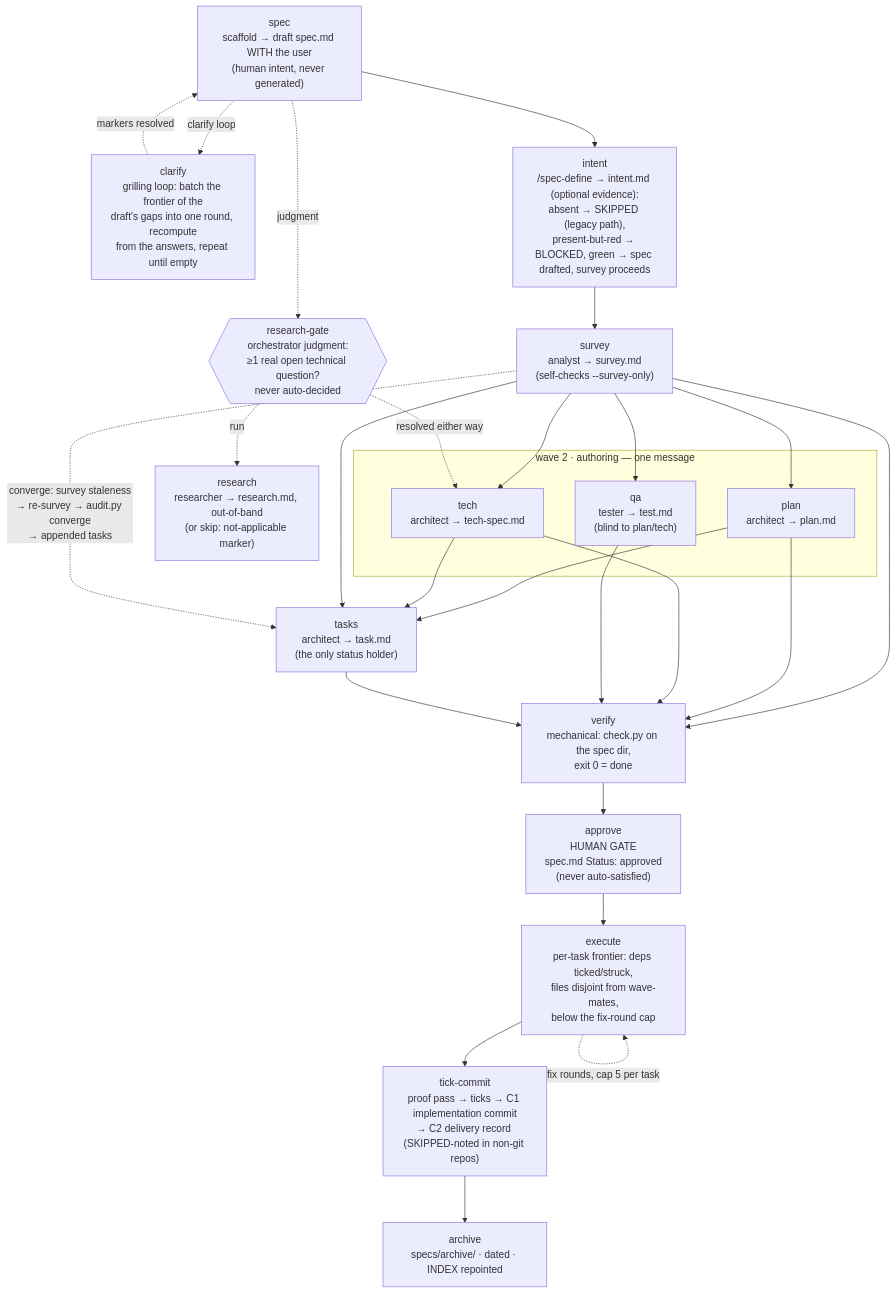
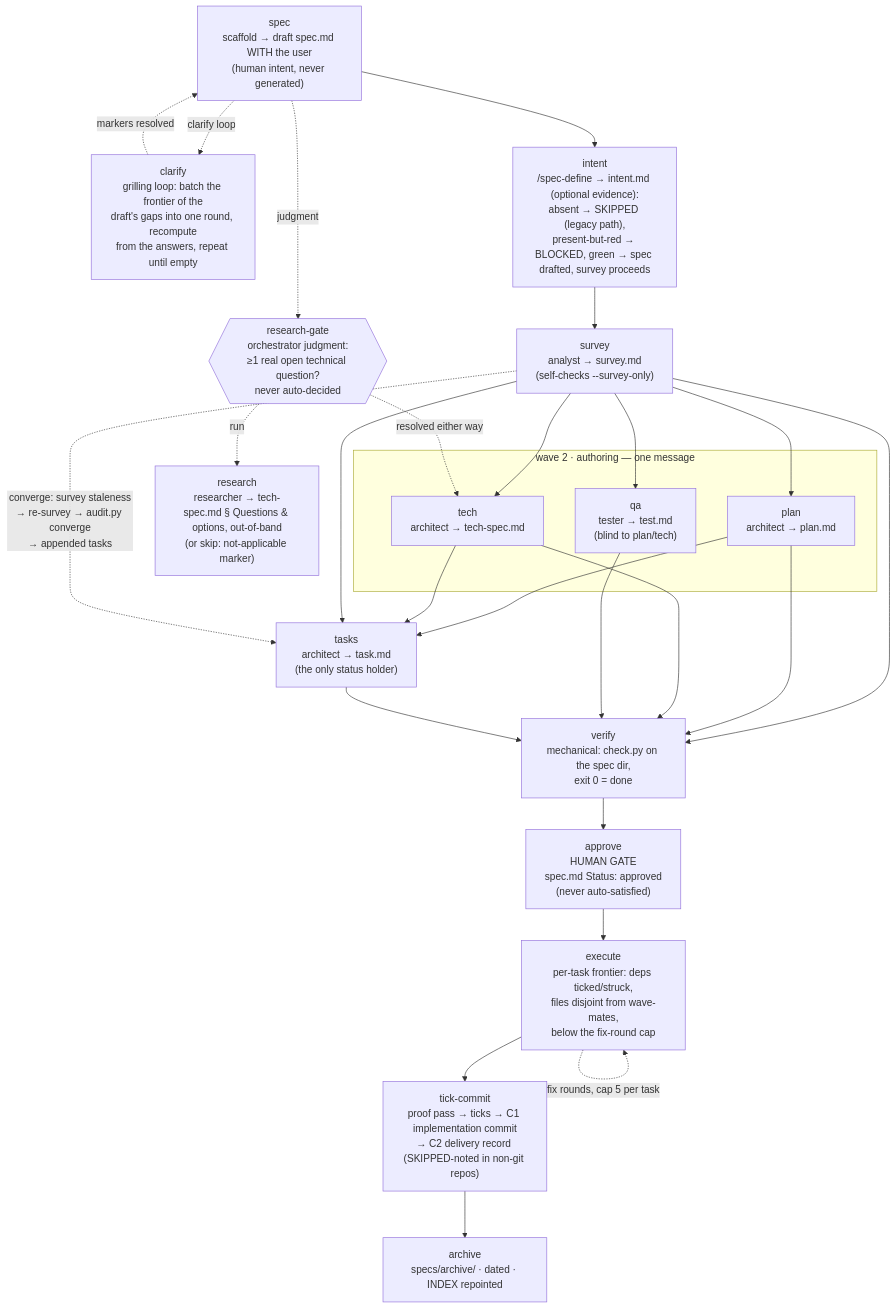
Before and after one commit to tanlnm512/SpecDevKit: the diagram in skills/spec-design/diagrams/spec-workflow.mmd, drawn with Mermaid. The commit also changed 79 other files, not shown here.

```diff
--- a/skills/spec-design/diagrams/spec-workflow.mmd
+++ b/skills/spec-design/diagrams/spec-workflow.mmd
@@ -1,55 +1,55 @@
 flowchart TD
     %% spec workflow graph — the model scripts/graph.py derives from
     %% doc state alone. Solid = data edge (ready exactly when all inputs are
     %% done). Dotted = conditional/loop edge. This is the model, not a live
     %% state: per-node states and the current frontier come from
     %% `python3 scripts/graph.py SPECS_DIR [--mermaid|--state-json]`.
 
     Spec["spec<br/>scaffold → draft spec.md WITH the user<br/>(human intent, never generated)"]
     Clarify["clarify<br/>grilling loop: batch the frontier of the<br/>draft's gaps into one round, recompute<br/>from the answers, repeat until empty"]
 
     Intent["intent<br/>/spec-define → intent.md (optional evidence):<br/>absent → SKIPPED (legacy path),<br/>present-but-red → BLOCKED, green → spec drafted, survey proceeds"]
 
     Survey["survey<br/>analyst → survey.md<br/>(self-checks --survey-only)"]
-    Research["research<br/>researcher → research.md, out-of-band<br/>(or skip: not-applicable marker)"]
+    Research["research<br/>researcher → tech-spec.md § Questions & options, out-of-band<br/>(or skip: not-applicable marker)"]
 
     Gate{{"research-gate<br/>orchestrator judgment:<br/>≥1 real open technical question?<br/>never auto-decided"}}
 
     subgraph W2["wave 2 · authoring — one message"]
         Plan["plan<br/>architect → plan.md"]
         Tech["tech<br/>architect → tech-spec.md"]
         QA["qa<br/>tester → test.md<br/>(blind to plan/tech)"]
     end
 
     Tasks["tasks<br/>architect → task.md<br/>(the only status holder)"]
     Verify["verify<br/>mechanical: check.py on the spec dir,<br/>exit 0 = done"]
     Approve["approve<br/>HUMAN GATE<br/>spec.md Status: approved<br/>(never auto-satisfied)"]
     Exec["execute<br/>per-task frontier: deps ticked/struck,<br/>files disjoint from wave-mates,<br/>below the fix-round cap"]
     Tick["tick-commit<br/>proof pass → ticks → C1 implementation commit<br/>→ C2 delivery record (SKIPPED-noted in non-git repos)"]
     Archive["archive<br/>specs/archive/ · dated · INDEX repointed"]
 
     Spec --> Intent
     Intent --> Survey
     Survey --> Plan
     Survey --> Tech
     Survey --> QA
     Plan --> Tasks
     Tech --> Tasks
     Survey --> Tasks
     Survey --> Verify
     Plan --> Verify
     Tech --> Verify
     QA --> Verify
     Tasks --> Verify
     Verify --> Approve
     Approve --> Exec
     Exec --> Tick
     Tick --> Archive
 
     Spec -.->|clarify loop| Clarify
     Clarify -.->|markers resolved| Spec
     Spec -.->|judgment| Gate
     Gate -.->|run| Research
     Gate -.->|resolved either way| Tech
     Exec -.->|fix rounds, cap 5 per task| Exec
     Survey -.->|converge: survey staleness<br/>→ re-survey → audit.py converge<br/>→ appended tasks| Tasks
```
